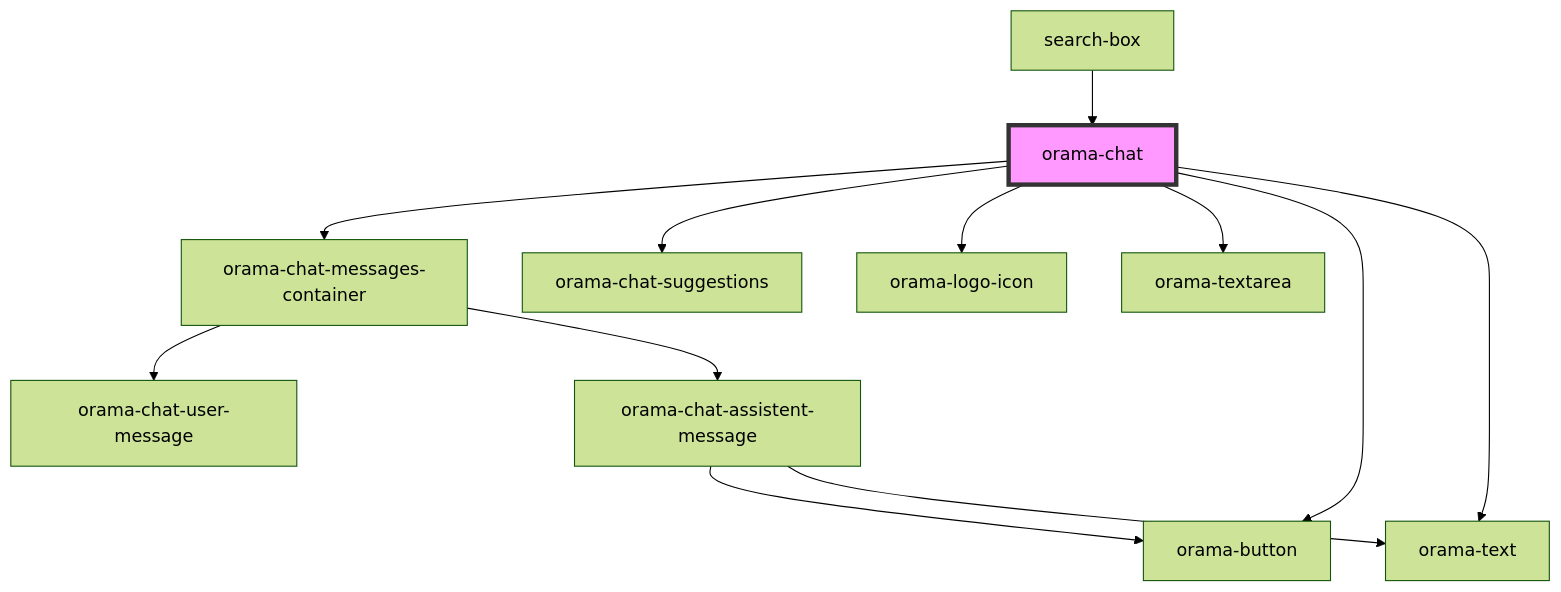
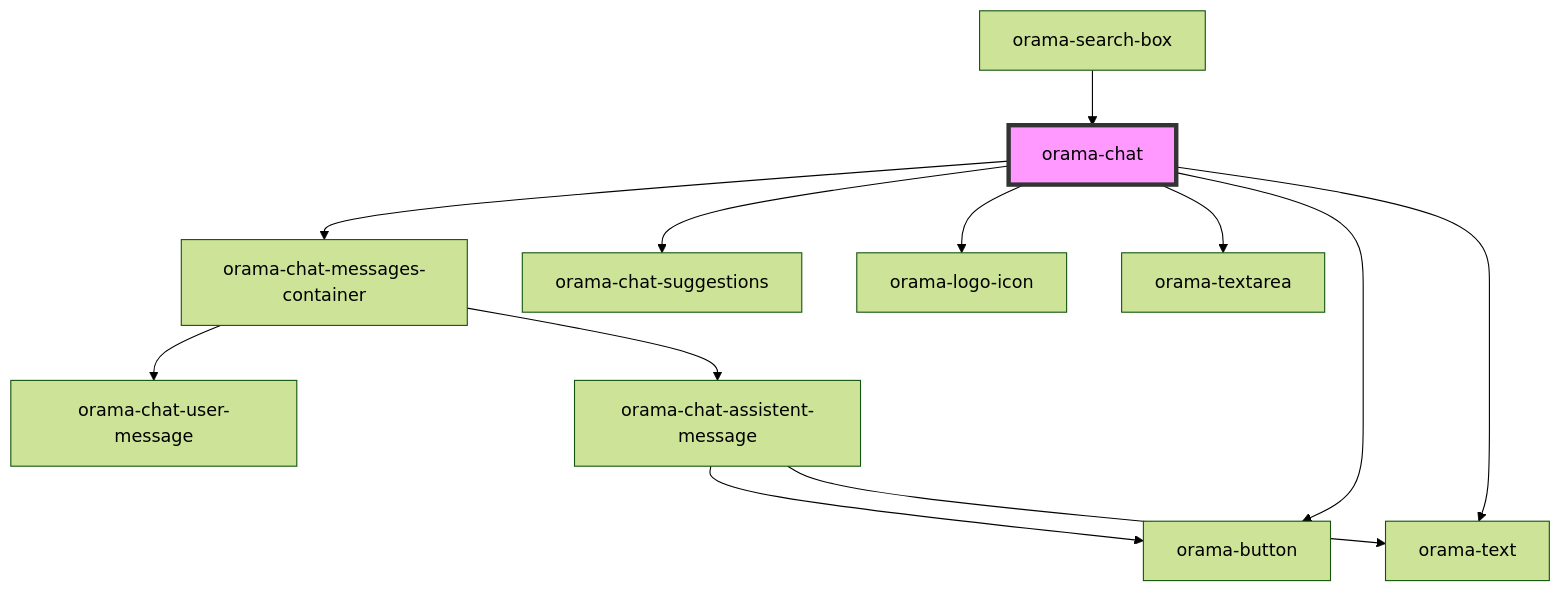
The diagram in packages/ui-stencil/src/components/internal/orama-chat/readme.md (askorama/orama-ui-components), drawn with Mermaid (forest theme) before and after one commit. The commit also changed other lines of this file and 29 other files, not shown here.

````diff
--- a/packages/ui-stencil/src/components/internal/orama-chat/readme.md
+++ b/packages/ui-stencil/src/components/internal/orama-chat/readme.md
@@ -24,15 +24,15 @@
 ```mermaid
 graph TD;
   orama-chat --> orama-chat-messages-container
   orama-chat --> orama-chat-suggestions
   orama-chat --> orama-logo-icon
   orama-chat --> orama-textarea
   orama-chat --> orama-button
   orama-chat --> orama-text
   orama-chat-messages-container --> orama-chat-user-message
   orama-chat-messages-container --> orama-chat-assistent-message
   orama-chat-assistent-message --> orama-button
   orama-chat-assistent-message --> orama-text
-  search-box --> orama-chat
+  orama-search-box --> orama-chat
   style orama-chat fill:#f9f,stroke:#333,stroke-width:4px
 ```
````
